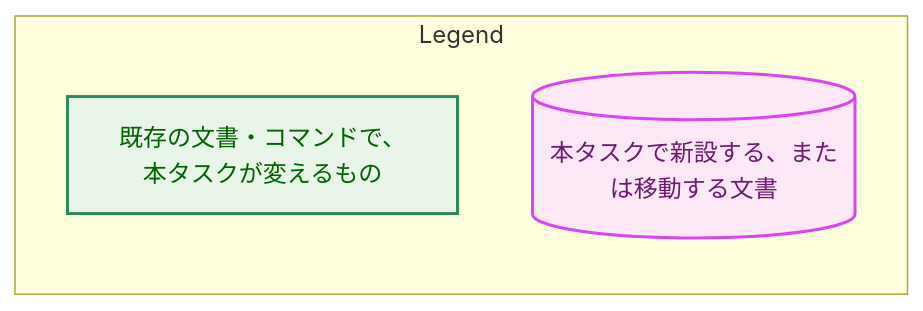
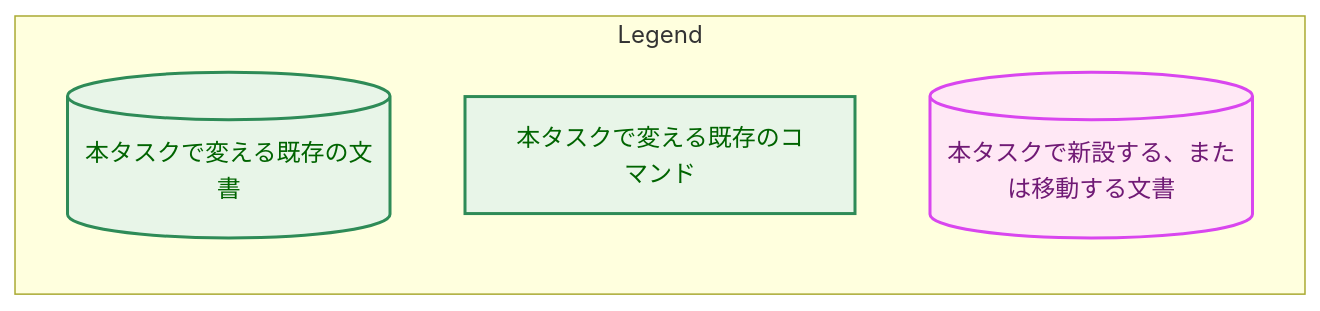
One commit to isseis/yt2column changed the second of 7 diagrams in docs/tasks/0048_doc_language_policy/02_architecture.md. Above: the diagram before and after it, drawn with Mermaid. The commit also changed other lines of this file, not shown here.

First line of the commit message:
docs(0048): address the architecture review findings

````diff
--- a/docs/tasks/0048_doc_language_policy/02_architecture.md
+++ b/docs/tasks/0048_doc_language_policy/02_architecture.md
@@ -60,11 +57,12 @@
 ```mermaid
 flowchart LR
     classDef enhanced fill:#e8f5e8,stroke:#2e8b57,stroke-width:2px,color:#006400;
     classDef newpkg fill:#ffe8f5,stroke:#d946ef,stroke-width:2px,color:#701a75;
     subgraph Legend["Legend"]
-        L1["既存の文書・コマンドで、本タスクが変えるもの"]
-        L2[("本タスクで新設する、または移動する文書")]
+        L1[("本タスクで変える既存の文書")]
+        L2["本タスクで変える既存のコマンド"]
+        L3[("本タスクで新設する、または移動する文書")]
     end
-    class L1 enhanced
-    class L2 newpkg
+    class L1,L2 enhanced
+    class L3 newpkg
 ```
````
